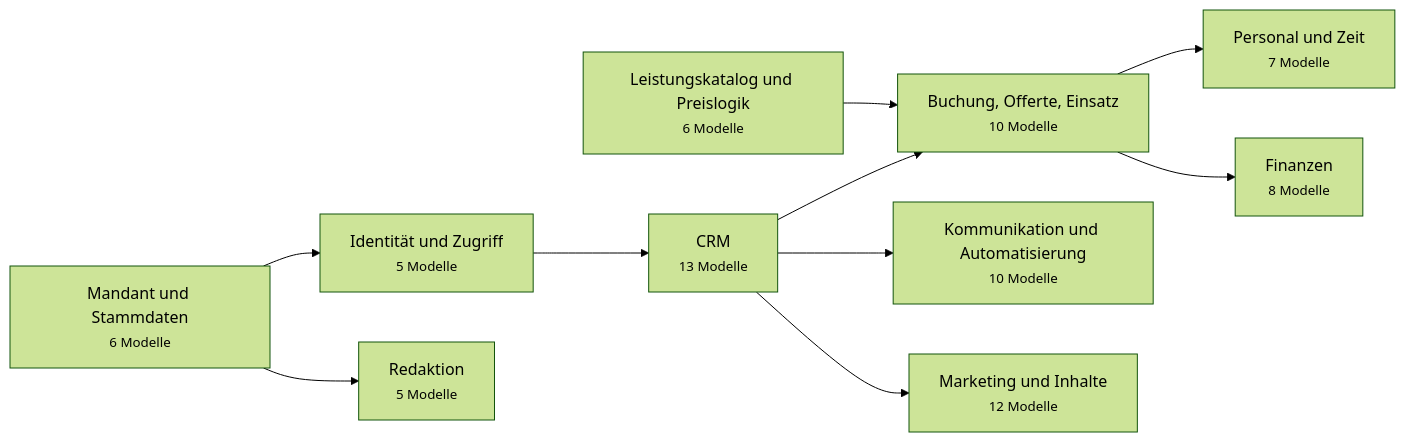
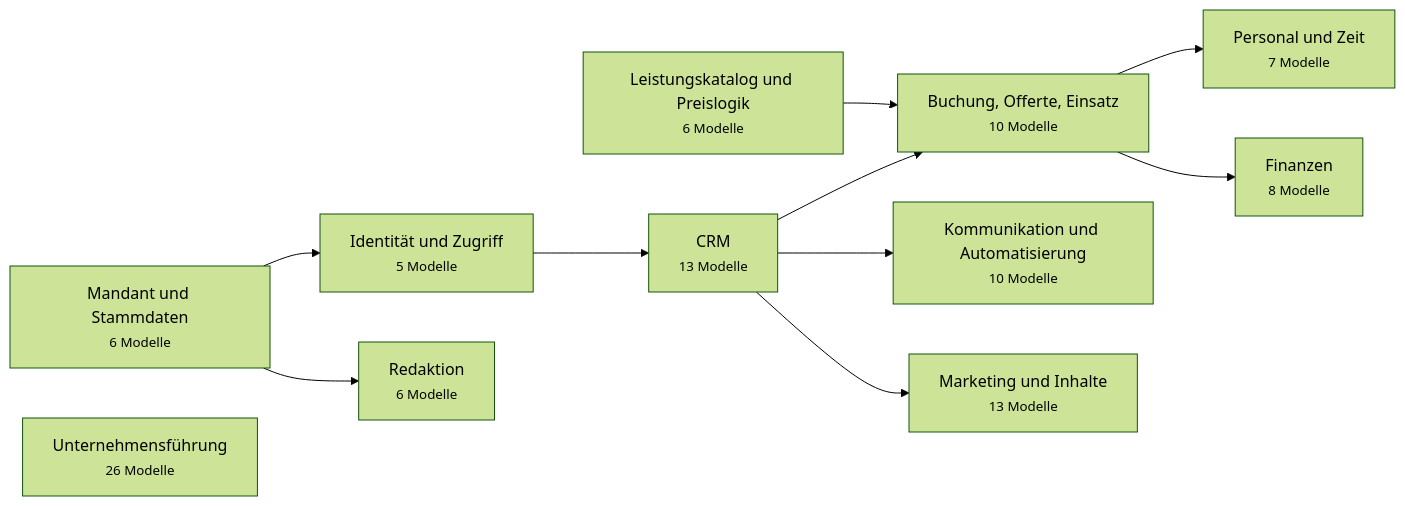
The first of 12 diagrams in docs/DATABASE.md (javadqasemi/Clenaris), drawn with Mermaid (forest theme) before and after one commit. The commit also changed other lines of this file and 378 other files, not shown here.

First line of the commit message:
Unternehmensführung, CRUD- und Rechteprüfung, stille Sitzungserneuerung

````diff
--- a/docs/DATABASE.md
+++ b/docs/DATABASE.md
@@ -36,22 +36,23 @@
 ```mermaid
 flowchart LR
   stammdaten["Mandant und Stammdaten<br/><small>6 Modelle</small>"]
   identitaet["Identität und Zugriff<br/><small>5 Modelle</small>"]
   crm["CRM<br/><small>13 Modelle</small>"]
   katalog["Leistungskatalog und Preislogik<br/><small>6 Modelle</small>"]
   auftrag["Buchung, Offerte, Einsatz<br/><small>10 Modelle</small>"]
   personal["Personal und Zeit<br/><small>7 Modelle</small>"]
   finanzen["Finanzen<br/><small>8 Modelle</small>"]
   kommunikation["Kommunikation und Automatisierung<br/><small>10 Modelle</small>"]
-  marketing["Marketing und Inhalte<br/><small>12 Modelle</small>"]
-  redaktion["Redaktion<br/><small>5 Modelle</small>"]
+  marketing["Marketing und Inhalte<br/><small>13 Modelle</small>"]
+  redaktion["Redaktion<br/><small>6 Modelle</small>"]
+  fuehrung["Unternehmensführung<br/><small>26 Modelle</small>"]
   stammdaten --> identitaet
   identitaet --> crm
   crm --> auftrag
   katalog --> auftrag
   auftrag --> personal
   auftrag --> finanzen
   crm --> kommunikation
   crm --> marketing
   stammdaten --> redaktion
 ```
````
